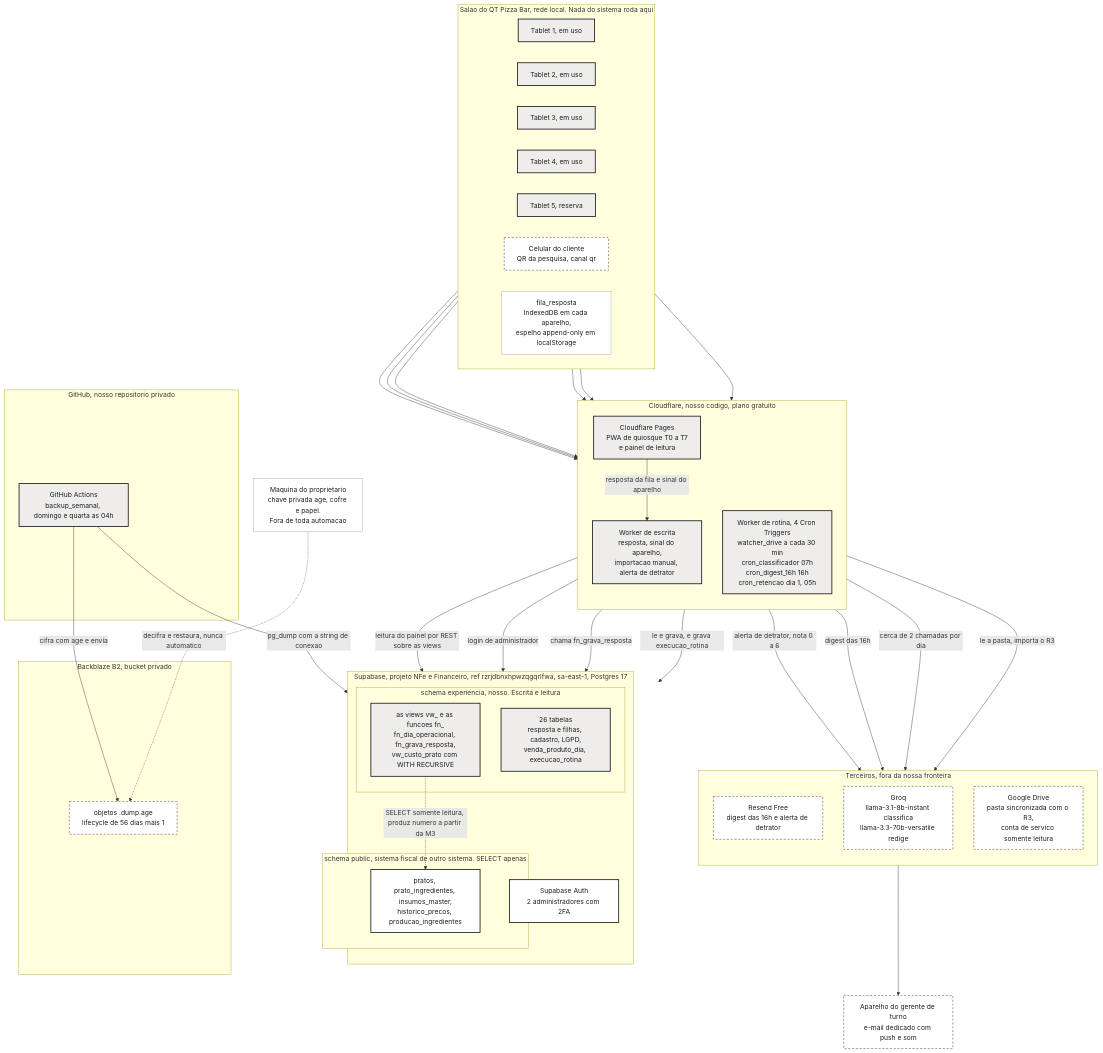
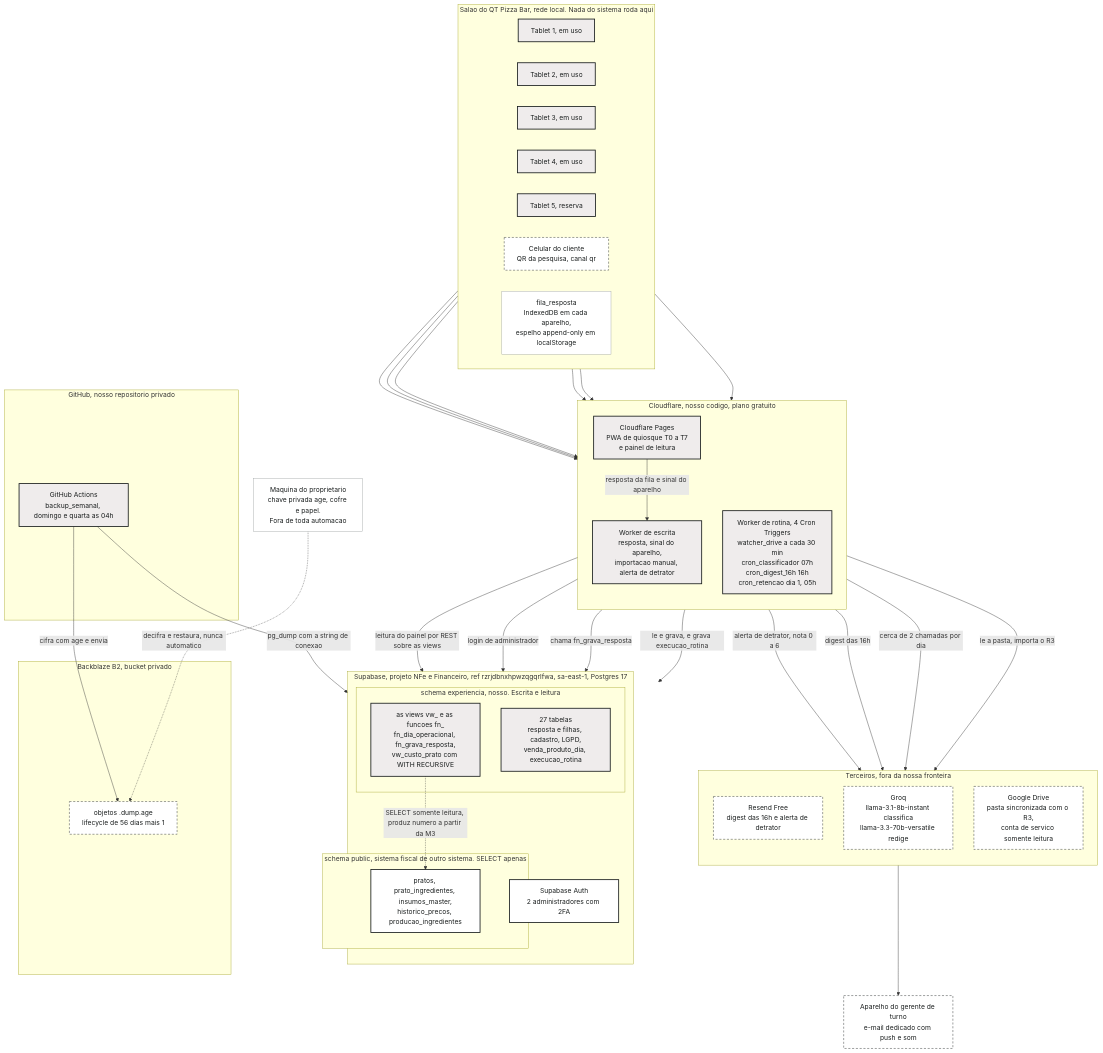
One commit to 70math-hash/risposta-qt changed the first of 2 diagrams in docs/arquitetura/01-arquitetura.md. Above: the diagram before and after it, drawn with Mermaid. The commit also changed 14 other files, not shown here.

````diff
--- a/docs/arquitetura/01-arquitetura.md
+++ b/docs/arquitetura/01-arquitetura.md
@@ -41,81 +41,81 @@
 ```mermaid
 flowchart TB
   subgraph CASA["Salao do QT Pizza Bar, rede local. Nada do sistema roda aqui"]
     direction LR
     TB1["Tablet 1, em uso"]
     TB2["Tablet 2, em uso"]
     TB3["Tablet 3, em uso"]
     TB4["Tablet 4, em uso"]
     TB5["Tablet 5, reserva"]
     CEL["Celular do cliente<br/>QR da pesquisa, canal qr"]
     FILA["fila_resposta<br/>IndexedDB em cada aparelho,<br/>espelho append-only em localStorage"]
   end
 
   subgraph CFL["Cloudflare, nosso codigo, plano gratuito"]
     direction TB
     PGS["Cloudflare Pages<br/>PWA de quiosque T0 a T7<br/>e painel de leitura"]
     WES["Worker de escrita<br/>resposta, sinal do aparelho,<br/>importacao manual, alerta de detrator"]
     WRT["Worker de rotina, 4 Cron Triggers<br/>watcher_drive a cada 30 min<br/>cron_classificador 07h<br/>cron_digest_16h 16h<br/>cron_retencao dia 1, 05h"]
   end
 
   subgraph SUP["Supabase, projeto NFe e Financeiro, ref rzrjdbnxhpwzqgqrlfwa, sa-east-1, Postgres 17"]
     direction TB
     subgraph EXP["schema experiencia, nosso. Escrita e leitura"]
-      TABS["26 tabelas<br/>resposta e filhas, cadastro, LGPD,<br/>venda_produto_dia, execucao_rotina"]
+      TABS["27 tabelas<br/>resposta e filhas, cadastro, LGPD,<br/>venda_produto_dia, execucao_rotina"]
       OBJS["as views vw_ e as funcoes fn_<br/>fn_dia_operacional, fn_grava_resposta,<br/>vw_custo_prato com WITH RECURSIVE"]
     end
     subgraph PUB["schema public, sistema fiscal de outro sistema. SELECT apenas"]
       CST["pratos, prato_ingredientes, insumos_master,<br/>historico_precos, producao_ingredientes"]
     end
     AUT["Supabase Auth<br/>2 administradores com 2FA"]
   end
 
   subgraph TER["Terceiros, fora da nossa fronteira"]
     direction TB
     RSD["Resend Free<br/>digest das 16h e alerta de detrator"]
     GRQ["Groq<br/>llama-3.1-8b-instant classifica<br/>llama-3.3-70b-versatile redige"]
     DRV["Google Drive<br/>pasta sincronizada com o R3,<br/>conta de servico somente leitura"]
   end
 
   subgraph GIT["GitHub, nosso repositorio privado"]
     GHA["GitHub Actions<br/>backup_semanal, domingo e quarta as 04h"]
   end
 
   subgraph BLZ["Backblaze B2, bucket privado"]
     BKT["objetos .dump.age<br/>lifecycle de 56 dias mais 1"]
   end
 
   DONO["Maquina do proprietario<br/>chave privada age, cofre e papel.<br/>Fora de toda automacao"]
   GER["Aparelho do gerente de turno<br/>e-mail dedicado com push e som"]
 
   TB1 --> PGS
   TB2 --> PGS
   TB3 --> PGS
   TB4 --> PGS
   TB5 --> PGS
   CEL --> PGS
   PGS -->|"resposta da fila e sinal do aparelho"| WES
   PGS -->|"leitura do painel por REST sobre as views"| OBJS
   PGS -->|"login de administrador"| AUT
   WES -->|"chama fn_grava_resposta"| TABS
   WES -->|"alerta de detrator, nota 0 a 6"| RSD
   WRT -->|"le e grava, e grava execucao_rotina"| TABS
   WRT -->|"digest das 16h"| RSD
   WRT -->|"cerca de 2 chamadas por dia"| GRQ
   WRT -->|"le a pasta, importa o R3"| DRV
   OBJS -.->|"SELECT somente leitura, produz numero a partir da M3"| CST
   RSD --> GER
   GHA -->|"pg_dump com a string de conexao"| TABS
   GHA -->|"cifra com age e envia"| BKT
   DONO -.->|"decifra e restaura, nunca automatico"| BKT
 
   classDef nosso fill:#EFECEC,stroke:#1A1E1E,stroke-width:2px,color:#1A1E1E
   classDef terceiro fill:#FFFFFF,stroke:#1A1E1E,stroke-width:1px,stroke-dasharray: 5 4,color:#1A1E1E
   classDef fiscal fill:#FFFFFF,stroke:#1A1E1E,stroke-width:2px,color:#1A1E1E
   classDef nota fill:#FFFFFF,stroke:#A0A5A5,stroke-width:1px,color:#1A1E1E
 
   class TB1,TB2,TB3,TB4,TB5,PGS,WES,WRT,TABS,OBJS,GHA nosso
   class RSD,GRQ,DRV,BKT,CEL,GER terceiro
   class CST,AUT fiscal
   class FILA,DONO nota
 ```
````
